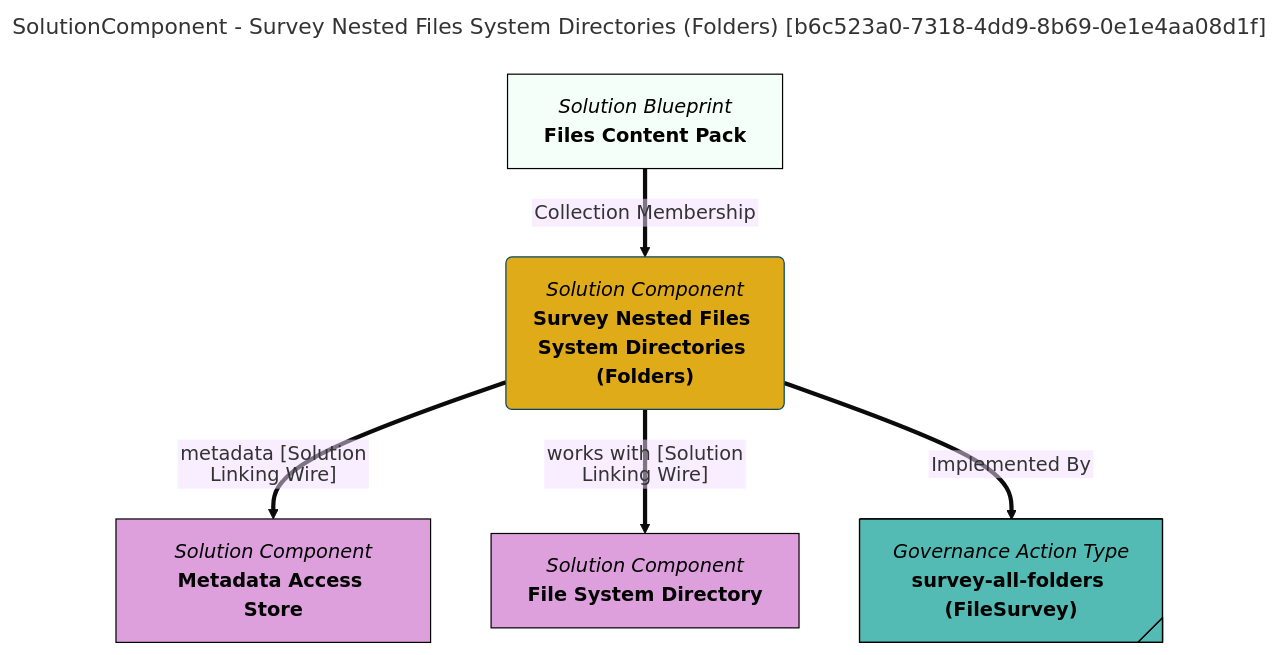
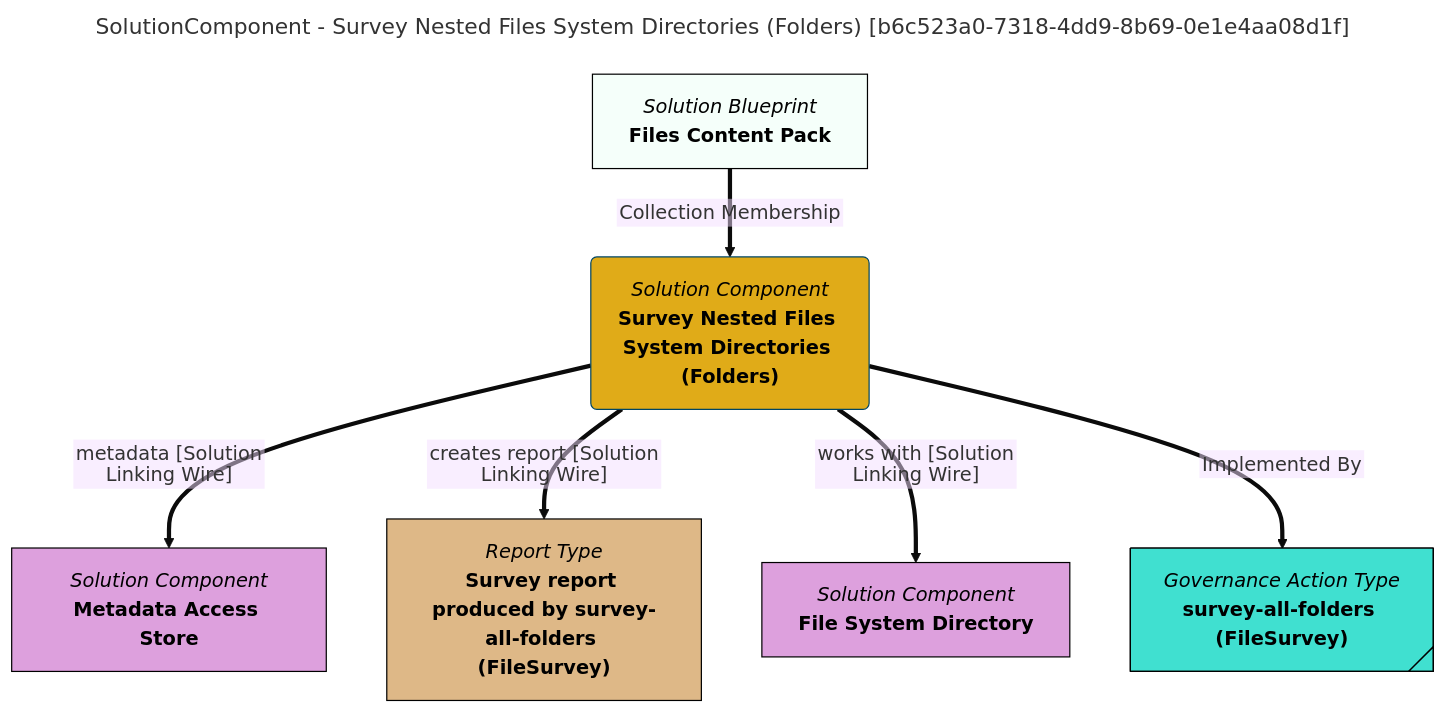
The diagram in site/snippets/blueprints/components/survey-all-folders-mermaid-graph.md (odpi/egeria-docs), drawn with Mermaid (base theme) before and after one commit. The commit also changed 2201 other files, not shown here.

````diff
--- a/site/snippets/blueprints/components/survey-all-folders-mermaid-graph.md
+++ b/site/snippets/blueprints/components/survey-all-folders-mermaid-graph.md
@@ -1,30 +1,34 @@
 ```mermaid
 ---
 title: SolutionComponent - Survey Nested Files System Directories (Folders) [b6c523a0-7318-4dd9-8b69-0e1e4aa08d1f]
 ---
 flowchart TD
 %%{init: {"flowchart": {"htmlLabels": false}} }%%
 
 1@{ shape: rounded, label: "*Solution Component*
 **Survey Nested Files System Directories (Folders)**"}
 2@{ shape: rect, label: "*Solution Blueprint*
 **Files Content Pack**"}
 2==>|"Collection Membership"|1
 3@{ shape: rect, label: "*Solution Component*
 **Metadata Access Store**"}
 1==>|"metadata [Solution Linking Wire]"|3
-4@{ shape: rect, label: "*Solution Component*
+4@{ shape: rect, label: "*Report Type*
+**Survey report produced by survey-all-folders (FileSurvey)**"}
+1==>|"creates report [Solution Linking Wire]"|4
+5@{ shape: rect, label: "*Solution Component*
 **File System Directory**"}
-1==>|"works with [Solution Linking Wire]"|4
-5@{ shape: tag-rect, label: "*Governance Action Type*
+1==>|"works with [Solution Linking Wire]"|5
+6@{ shape: tag-rect, label: "*Governance Action Type*
 **survey-all-folders (FileSurvey)**"}
-1==>|"Implemented By"|5
+1==>|"Implemented By"|6
 style 1 color:#000000, fill:#e0ab18, stroke:#004563
 style 2 color:#000000, fill:#f5fffa, stroke:#000000
-style 3 color:#000000, fill:#dda0dd, stroke:#000000
-style 4 color:#000000, fill:#dda0dd, stroke:#000000
-style 5 color:#000000, fill:#53bbb4, stroke:#000000
+style 3 color:#000000, fill:#DDA0DD, stroke:#000000
+style 4 color:#000000, fill:#DEB887, stroke:#000000
+style 5 color:#000000, fill:#DDA0DD, stroke:#000000
+style 6 color:#000000, fill:#40E0D0, stroke:#000000
 click 1 "https://egeria-project.org/concepts/governance-action-type/" "Click for more documentation" _blank
 click 3 "https://egeria-project.org/concepts/metadata-access-store/" "Click for more documentation" _blank
-click 4 "https://egeria-project.org/types/2/0220-Files-and-Folders/" "Click for more documentation" _blank
+click 5 "https://egeria-project.org/types/2/0220-Files-and-Folders/" "Click for more documentation" _blank
 ```
````
